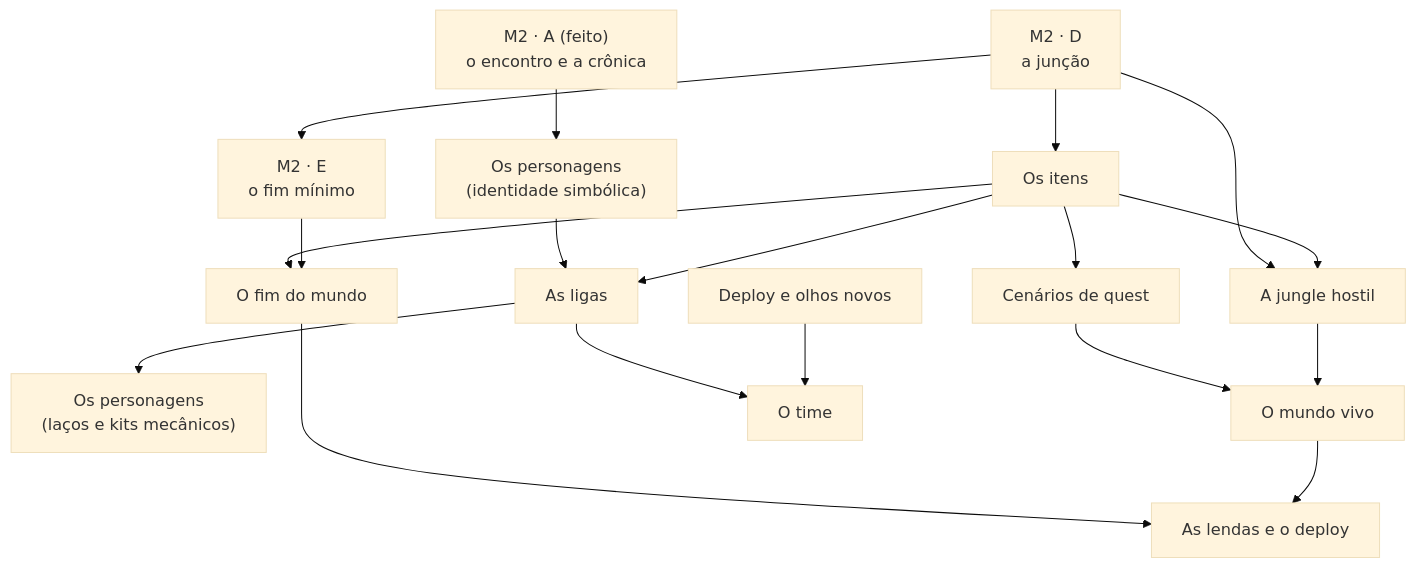
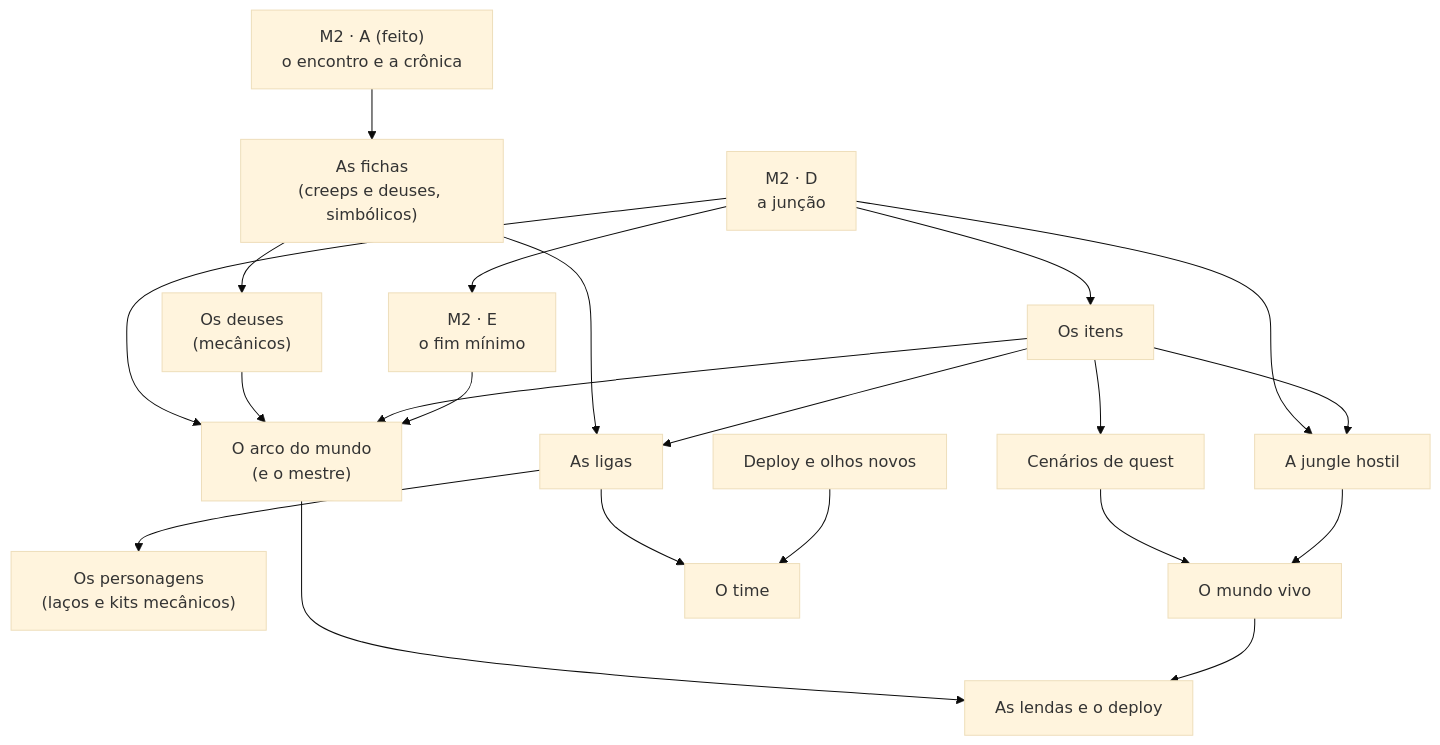
The diagram in docs/ROADMAP.md (eliasfeijo/geometrix), drawn with Mermaid (base theme) before and after one commit. The commit also changed other lines of this file and 11 other files, not shown here.

````diff
--- a/docs/ROADMAP.md
+++ b/docs/ROADMAP.md
@@ -78,20 +80,23 @@
 ```mermaid
 flowchart TD
     D["M2 · D<br/>a junção"] --> E["M2 · E<br/>o fim mínimo"]
     D --> IT["Os itens"]
-    A["M2 · A (feito)<br/>o encontro e a crônica"] --> ID["Os personagens<br/>(identidade simbólica)"]
+    A["M2 · A (feito)<br/>o encontro e a crônica"] --> ID["As fichas<br/>(creeps e deuses, simbólicos)"]
     IT --> LG["As ligas"]
     ID --> LG
     LG --> PS["Os personagens<br/>(laços e kits mecânicos)"]
     IT --> JH["A jungle hostil"]
     D --> JH
     IT --> QC["Cenários de quest"]
-    E --> FM["O fim do mundo"]
+    E --> FM["O arco do mundo<br/>(e o mestre)"]
     IT --> FM
+    ID --> DE["Os deuses<br/>(mecânicos)"]
+    DE --> FM
+    D --> FM
     JH --> MV["O mundo vivo"]
     QC --> MV
     DEP["Deploy e olhos novos"] --> TM["O time"]
     LG --> TM
     MV --> LE["As lendas e o deploy"]
     FM --> LE
 ```
````
